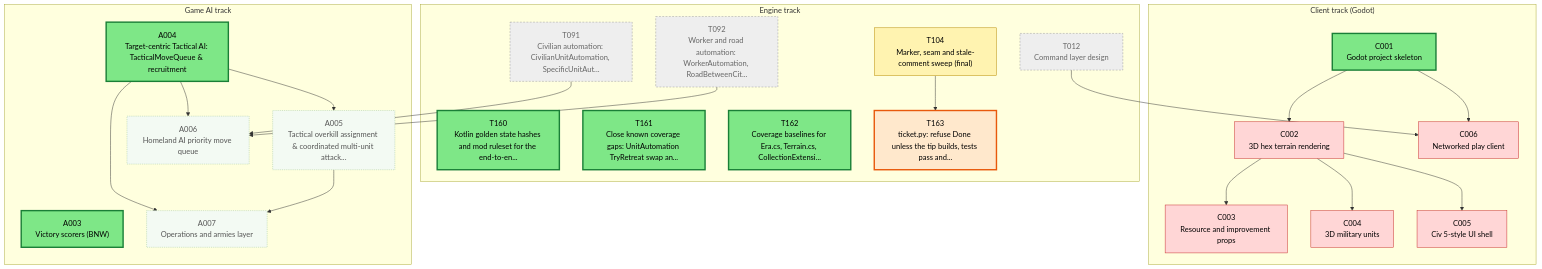
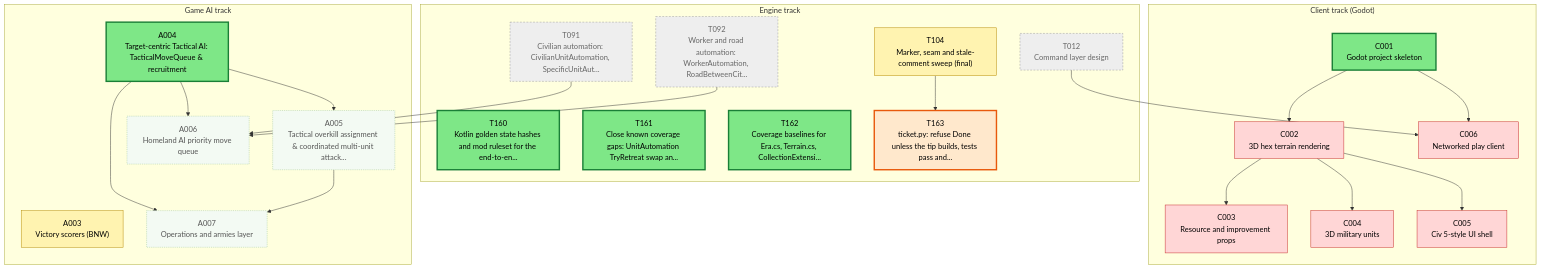
The first of 2 diagrams in csharp/migration/DEPENDENCY_MAP.md (Kenmura/Unciv), drawn with Mermaid before and after one commit. The commit also changed other lines of this file and 1 other file, not shown here.

````diff
--- a/csharp/migration/DEPENDENCY_MAP.md
+++ b/csharp/migration/DEPENDENCY_MAP.md
@@ -15,67 +15,67 @@
 ```mermaid
 flowchart TD
   subgraph TTRACK["Engine track"]
     T012["T012<br/>Command layer design"]
     T091["T091<br/>Civilian automation: CivilianUnitAutomation, SpecificUnitAut..."]
     T092["T092<br/>Worker and road automation: WorkerAutomation, RoadBetweenCit..."]
     T104["T104<br/>Marker, seam and stale-comment sweep (final)"]
     T160["T160<br/>Kotlin golden state hashes and mod ruleset for the end-to-en..."]
     T161["T161<br/>Close known coverage gaps: UnitAutomation TryRetreat swap an..."]
     T162["T162<br/>Coverage baselines for Era.cs, Terrain.cs, CollectionExtensi..."]
     T163["T163<br/>ticket.py: refuse Done unless the tip builds, tests pass and..."]
   end
   subgraph CTRACK["Client track (Godot)"]
     C001["C001<br/>Godot project skeleton"]
     C002["C002<br/>3D hex terrain rendering"]
     C003["C003<br/>Resource and improvement props"]
     C004["C004<br/>3D military units"]
     C005["C005<br/>Civ 5-style UI shell"]
     C006["C006<br/>Networked play client"]
   end
   subgraph ATRACK["Game AI track"]
     A003["A003<br/>Victory scorers (BNW)"]
     A004["A004<br/>Target-centric Tactical AI: TacticalMoveQueue & recruitment"]
     A005["A005<br/>Tactical overkill assignment & coordinated multi-unit attack..."]
     A006["A006<br/>Homeland AI priority move queue"]
     A007["A007<br/>Operations and armies layer"]
   end
   T104 --> T163
   C001 --> C002
   C002 --> C003
   C002 --> C004
   C002 --> C005
   T012 --> C006
   C001 --> C006
   A004 --> A005
   A004 --> A006
   T091 --> A006
   T092 --> A006
   A004 --> A007
   A005 --> A007
   classDef waiting fill:#f3faf3,stroke:#9bc49b,color:#555,stroke-dasharray:2 2
   classDef ondeck fill:#ffe8cc,stroke:#e8590c,stroke-width:3px,color:#000
   classDef ready fill:#7ee787,stroke:#1a7f37,stroke-width:3px,color:#000
   classDef prog fill:#fff3b0,stroke:#b58900,color:#000
   classDef review fill:#cfe4ff,stroke:#1f6feb,color:#000
   classDef blocked fill:#ffd6d6,stroke:#c62828,color:#000
   classDef done fill:#eeeeee,stroke:#999999,color:#666,stroke-dasharray:4 3
-  class A003 ready
+  class A003 prog
   class A004 ready
   class A005 waiting
   class A006 waiting
   class A007 waiting
   class C001 ready
   class C002 blocked
   class C003 blocked
   class C004 blocked
   class C005 blocked
   class C006 blocked
   class T012 done
   class T091 done
   class T092 done
   class T104 prog
   class T160 ready
   class T161 ready
   class T162 ready
   class T163 ondeck
 ```
````
